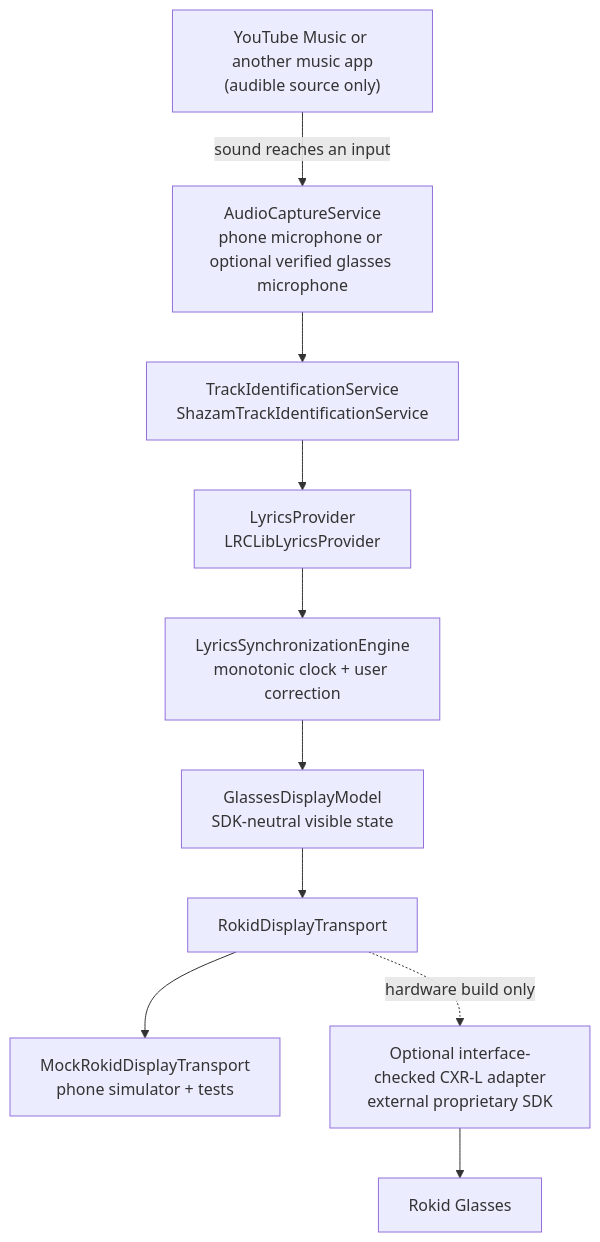
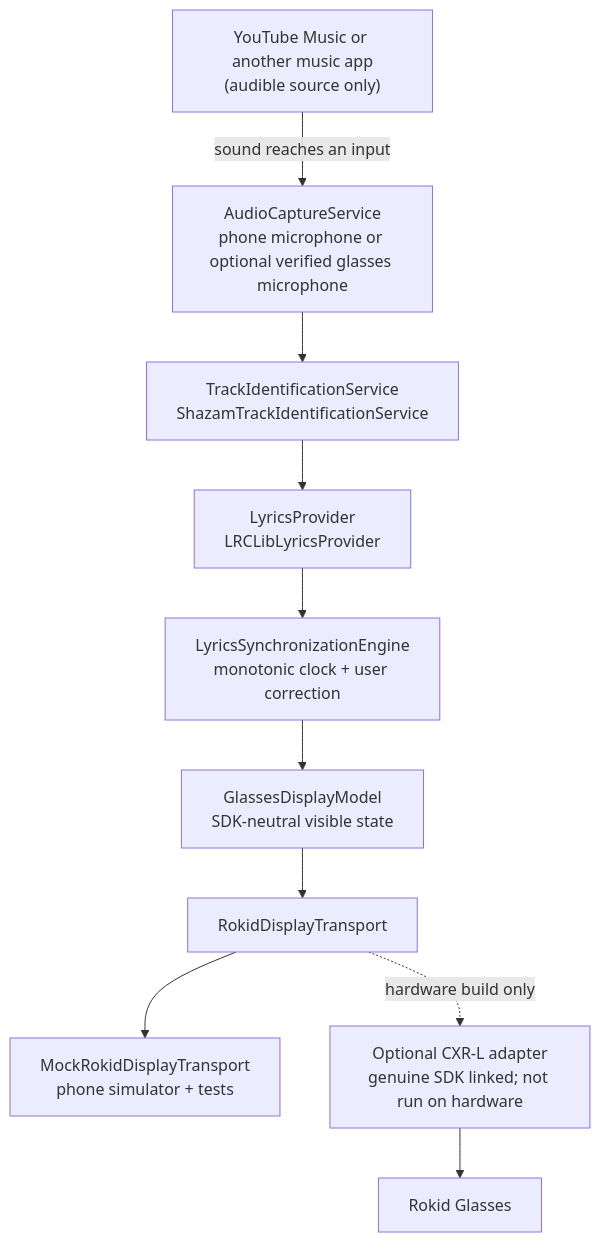
The first of 2 diagrams in README.md (Klayertan/rokid-lyrics-ios), drawn with Mermaid before and after one commit. The commit also changed other lines of this file and 10 other files, not shown here.

````diff
--- a/README.md
+++ b/README.md
@@ -47,18 +49,18 @@
 ```mermaid
 flowchart TD
     music["YouTube Music or another music app<br/>(audible source only)"]
     capture["AudioCaptureService<br/>phone microphone or optional verified glasses microphone"]
     identify["TrackIdentificationService<br/>ShazamTrackIdentificationService"]
     lyrics["LyricsProvider<br/>LRCLibLyricsProvider"]
     sync["LyricsSynchronizationEngine<br/>monotonic clock + user correction"]
     display["GlassesDisplayModel<br/>SDK-neutral visible state"]
     transport["RokidDisplayTransport"]
     mock["MockRokidDisplayTransport<br/>phone simulator + tests"]
-    adapter["Optional interface-checked CXR-L adapter<br/>external proprietary SDK"]
+    adapter["Optional CXR-L adapter<br/>genuine SDK linked; not run on hardware"]
     glasses["Rokid Glasses"]
 
     music -->|"sound reaches an input"| capture
     capture --> identify --> lyrics --> sync --> display --> transport
     transport --> mock
     transport -. "hardware build only" .-> adapter --> glasses
 ```
````
